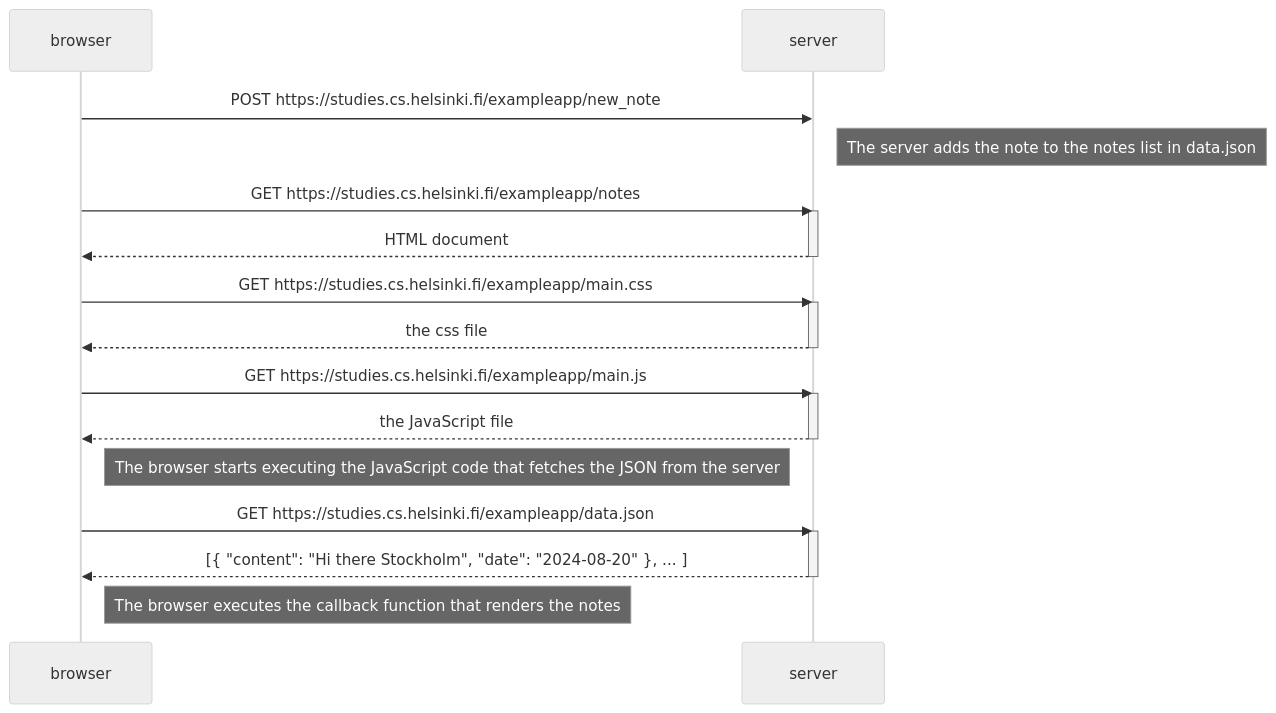
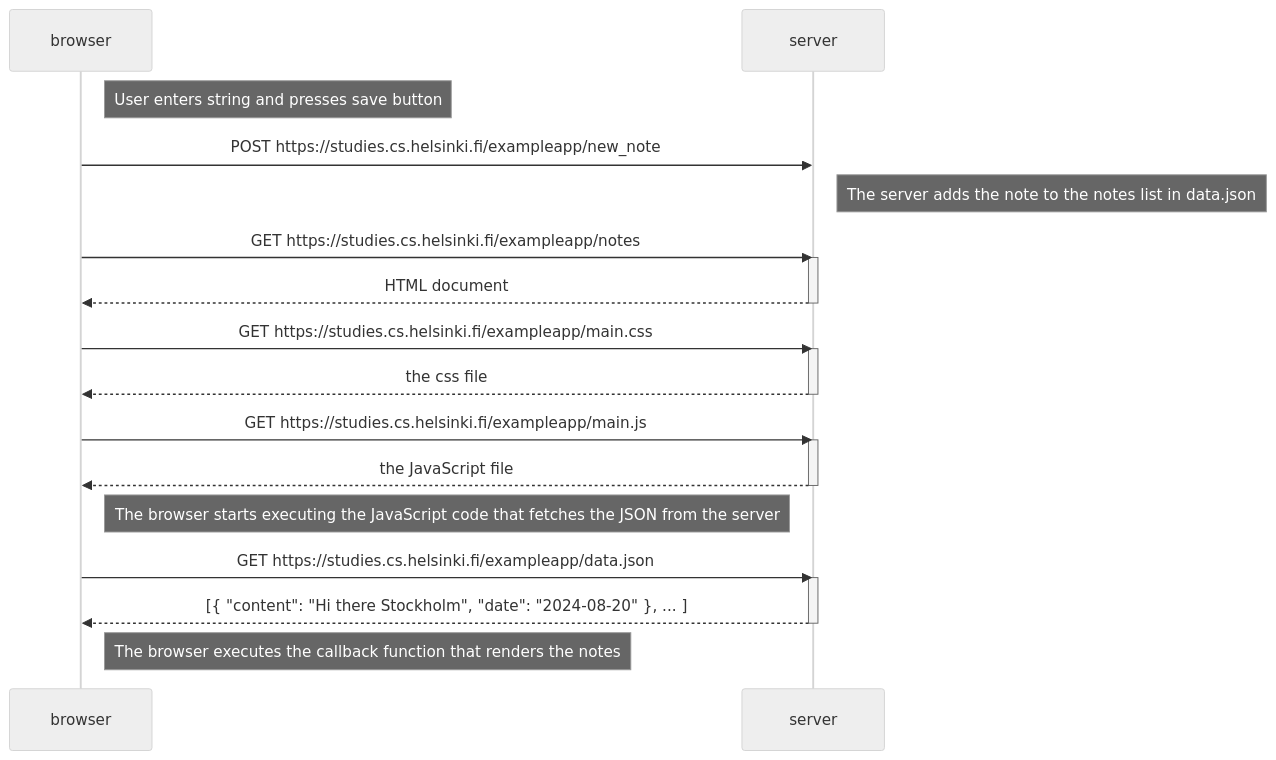
One commit to nuckynine/fullstack changed the diagram in part0/0.4.md. Above: the diagram before and after it, drawn with Mermaid (neutral theme).

````diff
--- a/part0/0.4.md
+++ b/part0/0.4.md
@@ -1,31 +1,33 @@
 ```mermaid
 sequenceDiagram
     participant browser
     participant server
+
+    Note right of browser: User enters string and presses save button
 
     browser->>server: POST https://studies.cs.helsinki.fi/exampleapp/new_note
     Note right of server: The server adds the note to the notes list in data.json
     browser->>server: GET https://studies.cs.helsinki.fi/exampleapp/notes
     activate server
     server-->>browser: HTML document
     deactivate server
 
     browser->>server: GET https://studies.cs.helsinki.fi/exampleapp/main.css
     activate server
     server-->>browser: the css file
     deactivate server
 
     browser->>server: GET https://studies.cs.helsinki.fi/exampleapp/main.js
     activate server
     server-->>browser: the JavaScript file
     deactivate server
 
     Note right of browser: The browser starts executing the JavaScript code that fetches the JSON from the server
 
     browser->>server: GET https://studies.cs.helsinki.fi/exampleapp/data.json
     activate server
     server-->>browser: [{ "content": "Hi there Stockholm", "date": "2024-08-20" }, ... ]
     deactivate server
 
     Note right of browser: The browser executes the callback function that renders the notes
 ```
````
